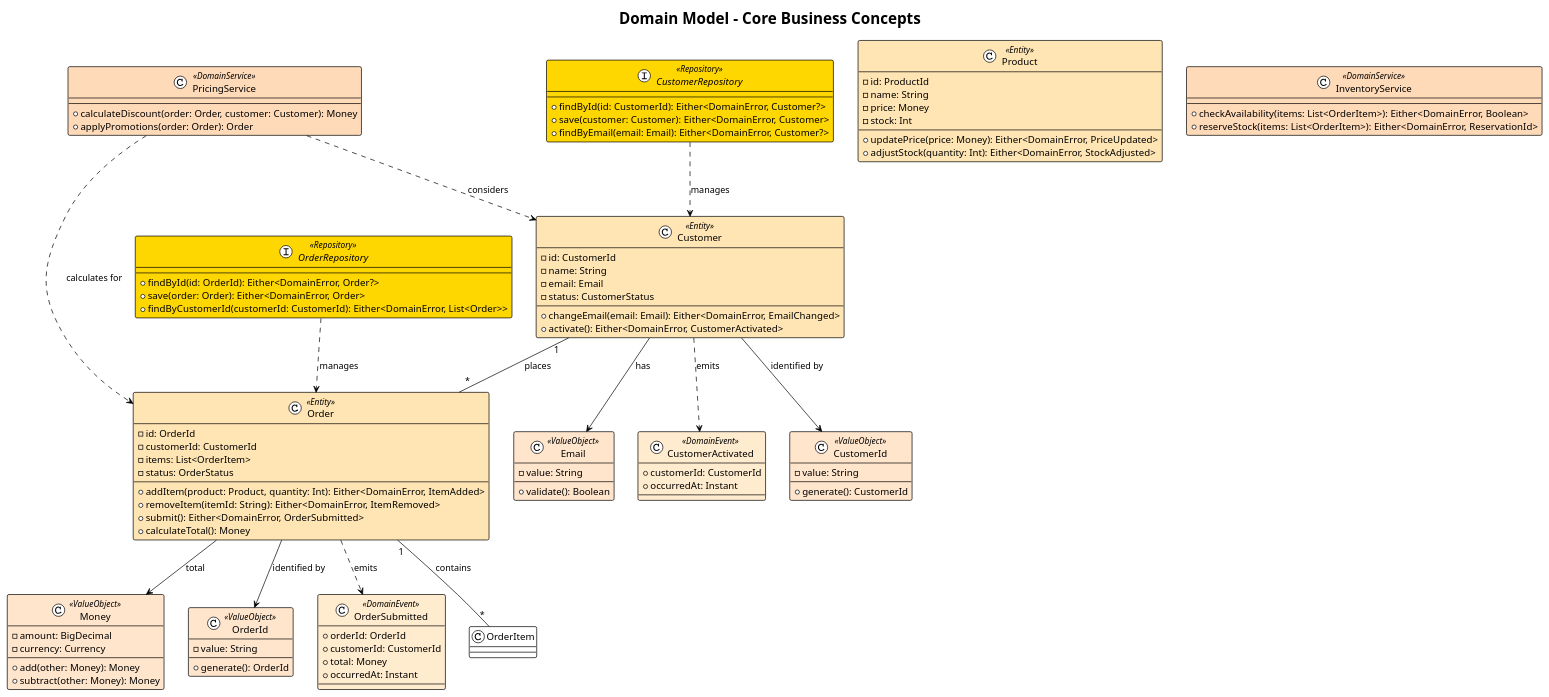
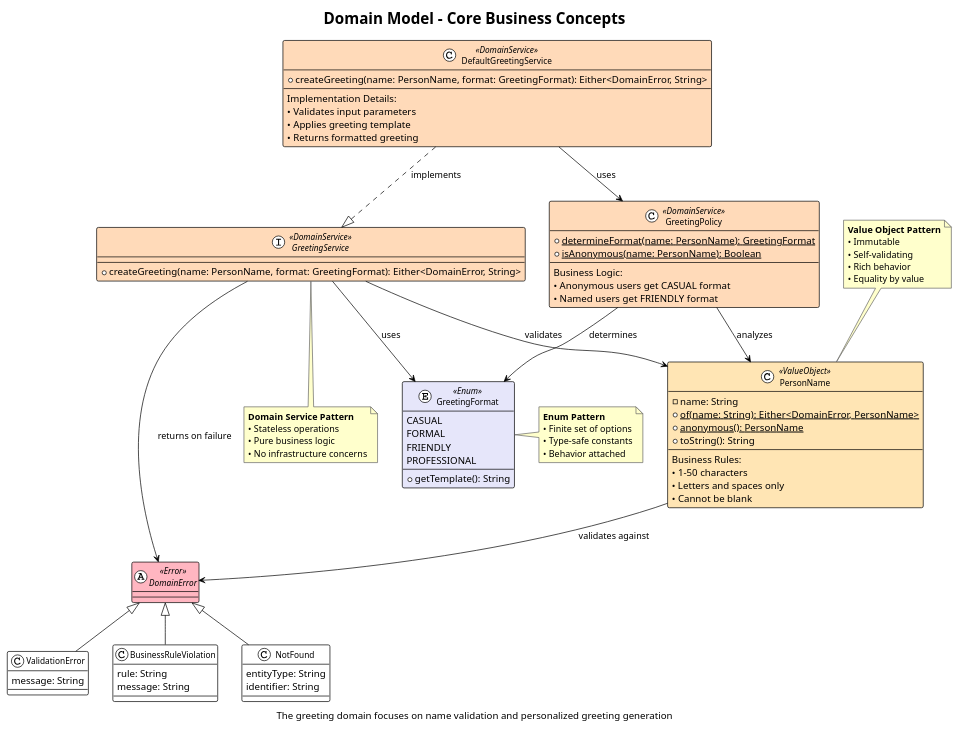
One commit to 1887sagar/hybrid_template_kotlin changed the diagram in docs/diagrams/domain-model.puml. Above: the diagram before and after it, drawn with PlantUML. The commit also changed 114 other files, not shown here.

```diff
--- a/docs/diagrams/domain-model.puml
+++ b/docs/diagrams/domain-model.puml
@@ -1,118 +1,117 @@
 @startuml domain-model
 !theme plain
 title Domain Model - Core Business Concepts
+caption The greeting domain focuses on name validation and personalized greeting generation
 
 skinparam class {
-    BackgroundColor<<Entity>> #FFE5B4
-    BackgroundColor<<ValueObject>> #FFE5CC
+    BackgroundColor<<ValueObject>> #FFE5B4
     BackgroundColor<<DomainService>> #FFDAB9
-    BackgroundColor<<Repository>> #FFD700
-    BackgroundColor<<DomainEvent>> #FFEBCD
+    BackgroundColor<<Error>> #FFB6C1
+    BackgroundColor<<Enum>> #E6E6FA
     BorderColor Black
+    FontSize 12
+}
+
+skinparam note {
+    BackgroundColor #FFFFCC
+    BorderColor #666666
 }
 
 ' Value Objects
-class Email <<ValueObject>> {
-    - value: String
-    + validate(): Boolean
+class PersonName <<ValueObject>> {
+    - name: String
+    + {static} of(name: String): Either<DomainError, PersonName>
+    + {static} anonymous(): PersonName
+    + toString(): String
+    --
+    Business Rules:
+    • 1-50 characters
+    • Letters and spaces only
+    • Cannot be blank
 }
 
-class Money <<ValueObject>> {
-    - amount: BigDecimal
-    - currency: Currency
-    + add(other: Money): Money
-    + subtract(other: Money): Money
-}
-
-class CustomerId <<ValueObject>> {
-    - value: String
-    + generate(): CustomerId
-}
-
-class OrderId <<ValueObject>> {
-    - value: String
-    + generate(): OrderId
-}
-
-' Entities
-class Customer <<Entity>> {
-    - id: CustomerId
-    - name: String
-    - email: Email
-    - status: CustomerStatus
-    + changeEmail(email: Email): Either<DomainError, EmailChanged>
-    + activate(): Either<DomainError, CustomerActivated>
-}
-
-class Order <<Entity>> {
-    - id: OrderId
-    - customerId: CustomerId
-    - items: List<OrderItem>
-    - status: OrderStatus
-    + addItem(product: Product, quantity: Int): Either<DomainError, ItemAdded>
-    + removeItem(itemId: String): Either<DomainError, ItemRemoved>
-    + submit(): Either<DomainError, OrderSubmitted>
-    + calculateTotal(): Money
-}
-
-class Product <<Entity>> {
-    - id: ProductId
-    - name: String
-    - price: Money
-    - stock: Int
-    + updatePrice(price: Money): Either<DomainError, PriceUpdated>
-    + adjustStock(quantity: Int): Either<DomainError, StockAdjusted>
+' Enums
+enum GreetingFormat <<Enum>> {
+    CASUAL
+    FORMAL
+    FRIENDLY
+    PROFESSIONAL
+    --
+    + getTemplate(): String
 }
 
 ' Domain Services
-class PricingService <<DomainService>> {
-    + calculateDiscount(order: Order, customer: Customer): Money
-    + applyPromotions(order: Order): Order
+interface GreetingService <<DomainService>> {
+    + createGreeting(name: PersonName, format: GreetingFormat): Either<DomainError, String>
 }
 
-class InventoryService <<DomainService>> {
-    + checkAvailability(items: List<OrderItem>): Either<DomainError, Boolean>
-    + reserveStock(items: List<OrderItem>): Either<DomainError, ReservationId>
+class GreetingPolicy <<DomainService>> {
+    + {static} determineFormat(name: PersonName): GreetingFormat
+    + {static} isAnonymous(name: PersonName): Boolean
+    --
+    Business Logic:
+    • Anonymous users get CASUAL format
+    • Named users get FRIENDLY format
 }
 
-' Repository Interfaces
-interface CustomerRepository <<Repository>> {
-    + findById(id: CustomerId): Either<DomainError, Customer?>
-    + save(customer: Customer): Either<DomainError, Customer>
-    + findByEmail(email: Email): Either<DomainError, Customer?>
+' Errors
+abstract class DomainError <<Error>> {
+}
+class ValidationError extends DomainError {
+    message: String
+}
+class BusinessRuleViolation extends DomainError {
+    rule: String
+    message: String
+}
+class NotFound extends DomainError {
+    entityType: String
+    identifier: String
 }
 
-interface OrderRepository <<Repository>> {
-    + findById(id: OrderId): Either<DomainError, Order?>
-    + save(order: Order): Either<DomainError, Order>
-    + findByCustomerId(customerId: CustomerId): Either<DomainError, List<Order>>
-}
-
-' Domain Events
-class OrderSubmitted <<DomainEvent>> {
-    + orderId: OrderId
-    + customerId: CustomerId
-    + total: Money
-    + occurredAt: Instant
-}
-
-class CustomerActivated <<DomainEvent>> {
-    + customerId: CustomerId
-    + occurredAt: Instant
+' Service Implementation (Infrastructure boundary)
+class DefaultGreetingService <<DomainService>> {
+    + createGreeting(name: PersonName, format: GreetingFormat): Either<DomainError, String>
+    --
+    Implementation Details:
+    • Validates input parameters
+    • Applies greeting template
+    • Returns formatted greeting
 }
 
 ' Relationships
-Customer "1" -- "*" Order : places
-Order "1" -- "*" OrderItem : contains
-Order --> Money : total
-Customer --> Email : has
-Customer --> CustomerId : identified by
-Order --> OrderId : identified by
-Order ..> OrderSubmitted : emits
-Customer ..> CustomerActivated : emits
-PricingService ..> Order : calculates for
-PricingService ..> Customer : considers
-CustomerRepository ..> Customer : manages
-OrderRepository ..> Order : manages
+GreetingService --> PersonName : validates
+GreetingService --> GreetingFormat : uses
+GreetingService --> DomainError : returns on failure
+
+GreetingPolicy --> PersonName : analyzes
+GreetingPolicy --> GreetingFormat : determines
+
+DefaultGreetingService ..|> GreetingService : implements
+DefaultGreetingService --> GreetingPolicy : uses
+
+PersonName --> DomainError : validates against
+
+note top of PersonName
+    <b>Value Object Pattern</b>
+    • Immutable
+    • Self-validating
+    • Rich behavior
+    • Equality by value
+end note
+
+note right of GreetingFormat
+    <b>Enum Pattern</b>
+    • Finite set of options
+    • Type-safe constants
+    • Behavior attached
+end note
+
+note bottom of GreetingService
+    <b>Domain Service Pattern</b>
+    • Stateless operations
+    • Pure business logic
+    • No infrastructure concerns
+end note
 
 @enduml
```
